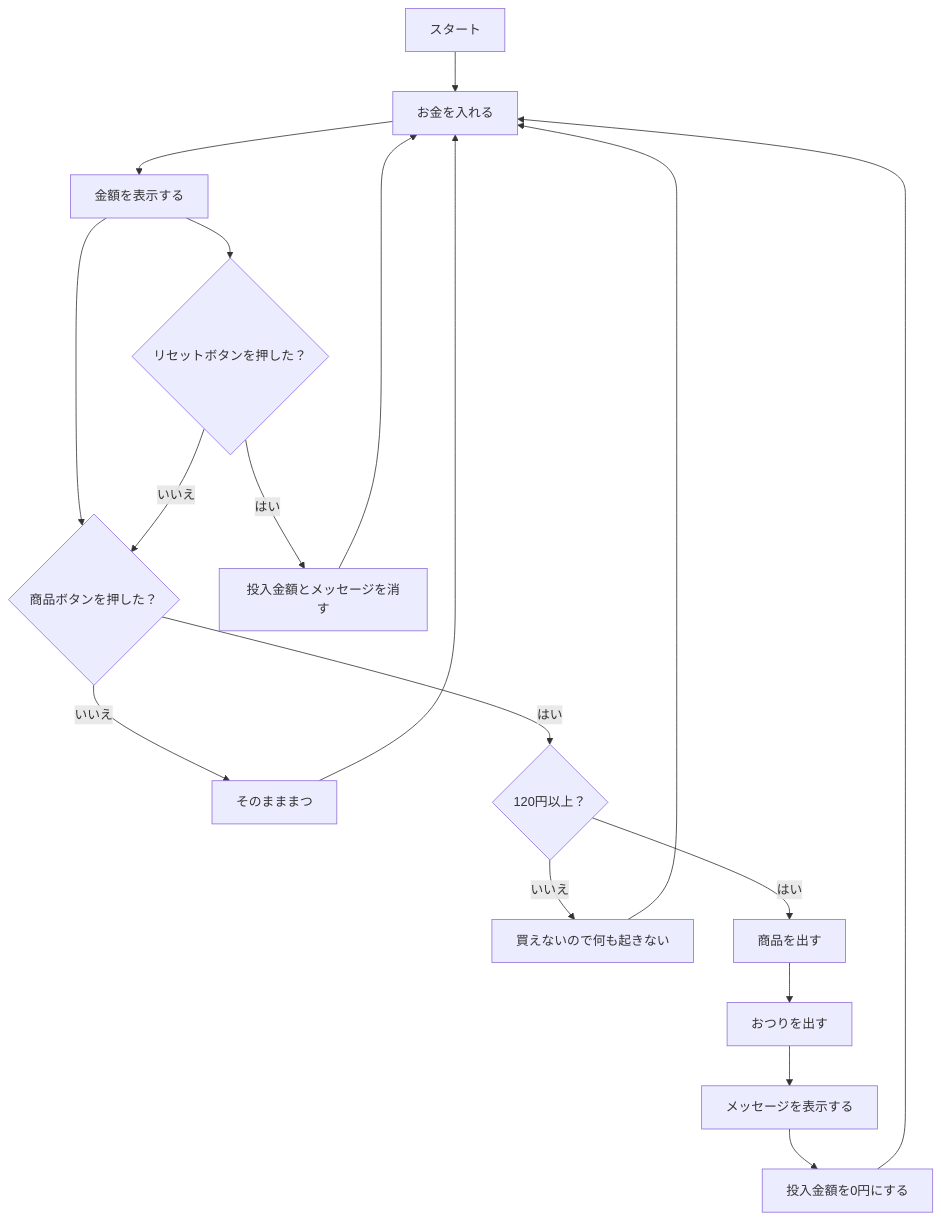
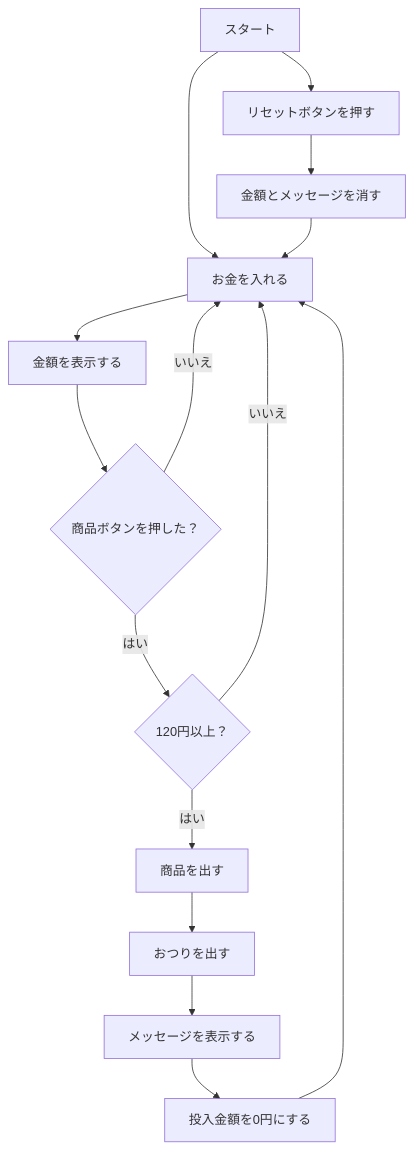
Before and after one commit to wtrdr/aoki-mid-school-2025: the diagram in vending.md, drawn with Mermaid.

````diff
--- a/vending.md
+++ b/vending.md
@@ -1,25 +1,22 @@
 ```mermaid
 flowchart TD
   A[スタート] --> B[お金を入れる]
+  A --> R[リセットボタンを押す]
+  R --> S[金額とメッセージを消す]
+  S --> B
+
   B --> C[金額を表示する]
   C --> D{商品ボタンを押した？}
 
-  D -- いいえ --> E[そのまままつ]
-  E --> B
+  D -- いいえ --> B
 
-  D -- はい --> F{120円以上？}
+  D -- はい --> E{120円以上？}
 
-  F -- いいえ --> G[買えないので何も起きない]
-  G --> B
+  E -- いいえ --> B
 
-  F -- はい --> H[商品を出す]
-  H --> I[おつりを出す]
-  I --> J[メッセージを表示する]
-  J --> K[投入金額を0円にする]
-  K --> B
-
-  C --> L{リセットボタンを押した？}
-  L -- はい --> M[投入金額とメッセージを消す]
-  M --> B
-  L -- いいえ --> D
+  E -- はい --> F[商品を出す]
+  F --> G[おつりを出す]
+  G --> H[メッセージを表示する]
+  H --> I[投入金額を0円にする]
+  I --> B
 ```
````
